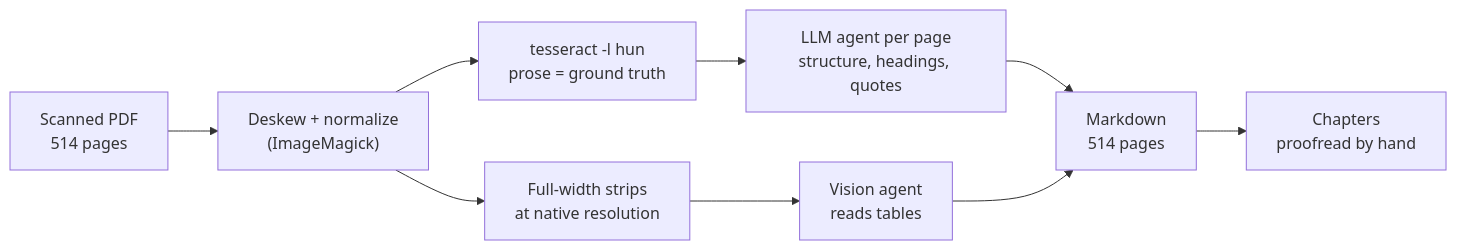
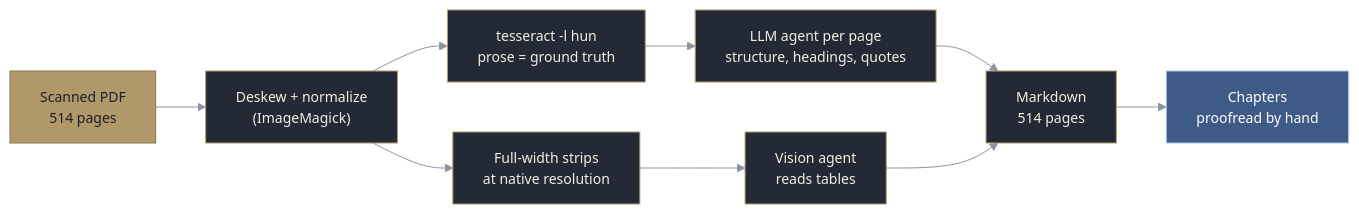
The first of 3 diagrams in README.md (codex-magica/codex-magica.github.io), drawn with Mermaid before and after one commit. The commit also changed other lines of this file and 1 other file, not shown here.

First line of the commit message:
Style the Mermaid diagrams so GitHub renders them as intended

````diff
--- a/README.md
+++ b/README.md
@@ -157,11 +157,16 @@
 ```mermaid
+%%{init: {"theme": "base", "fontFamily": "Helvetica, Arial, sans-serif", "themeVariables": {"fontFamily": "Helvetica, Arial, sans-serif", "fontSize": "14px", "primaryColor": "#232a35", "primaryTextColor": "#f2ede3", "primaryBorderColor": "#b19869", "lineColor": "#8b93a1", "textColor": "#f2ede3", "edgeLabelBackground": "#232a35"}}}%%
 flowchart LR
     PDF["Scanned PDF<br/>514 pages"] --> PREP["Deskew + normalize<br/>(ImageMagick)"]
     PREP --> OCR["tesseract -l hun<br/>prose = ground truth"]
     PREP --> STRIPS["Full-width strips<br/>at native resolution"]
     OCR --> PROSE["LLM agent per page<br/>structure, headings, quotes"]
     STRIPS --> TABLES["Vision agent<br/>reads tables"]
     PROSE --> MD["Markdown<br/>514 pages"]
     TABLES --> MD
     MD --> CH["Chapters<br/>proofread by hand"]
+    classDef input fill:#b19869,stroke:#8a744a,color:#1c2129
+    classDef key fill:#3e5a86,stroke:#a7c8ea,color:#ffffff
+    class PDF input
+    class CH key
 ```
````
